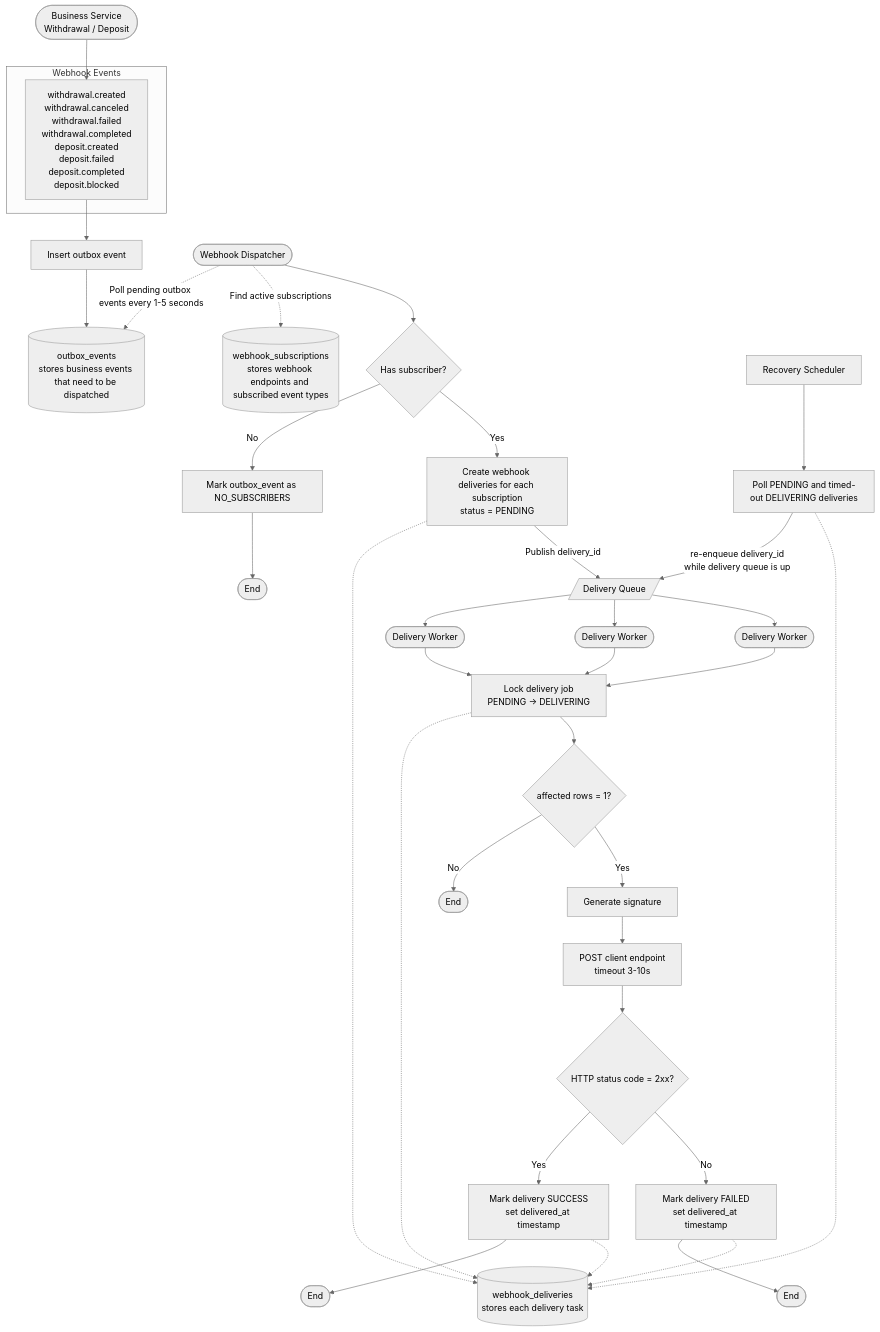
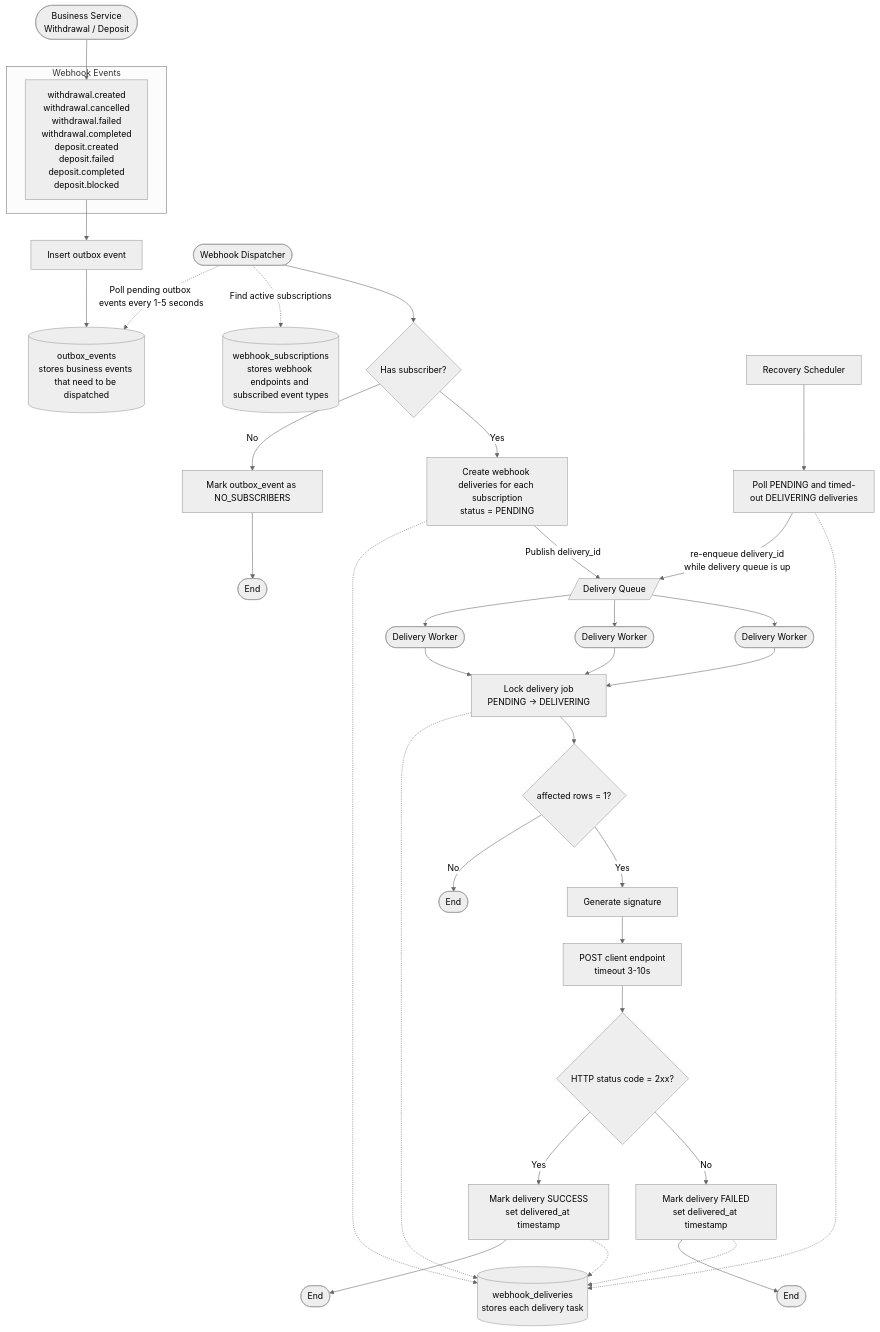
One commit to chenzitw/esingpay-handbook changed the diagram in idea/v1.3/webhook/references/webhook-dispatch-flow.md. Above: the diagram before and after it, drawn with Mermaid (neutral theme). The commit also changed other lines of this file and 6 other files, not shown here.

Commit message:
fix: standardize event naming from 'canceled' to 'cancelled' across webhook documents

````diff
--- a/idea/v1.3/webhook/references/webhook-dispatch-flow.md
+++ b/idea/v1.3/webhook/references/webhook-dispatch-flow.md
@@ -24,71 +24,71 @@
 ```mermaid
 flowchart TB
   A([Business Service<br/>Withdrawal / Deposit])
 
   subgraph Events[Webhook Events]
-    E["withdrawal.created<br/>withdrawal.canceled<br/>withdrawal.failed<br/>withdrawal.completed<br/>deposit.created<br/>deposit.failed<br/>deposit.completed<br/>deposit.blocked"]
+    E["withdrawal.created<br/>withdrawal.cancelled<br/>withdrawal.failed<br/>withdrawal.completed<br/>deposit.created<br/>deposit.failed<br/>deposit.completed<br/>deposit.blocked"]
   end
 
   B["Insert outbox event"]
   S2[("outbox_events<br/>stores business events that need to be dispatched")]
   C([Webhook Dispatcher])
   S1[("webhook_subscriptions<br/>stores webhook endpoints and subscribed event types")]
   HasSubscriber{"Has subscriber?"}
   NoSubscribers["Mark outbox_event as NO_SUBSCRIBERS"]
   EndNoSubscribers([End])
 
   S3[("webhook_deliveries<br/>stores each delivery task")]
   CreateDeliveries["Create webhook deliveries for each subscription<br/>status = PENDING"]
   Queue[/Delivery Queue/]
   W1([Delivery Worker])
   W2([Delivery Worker])
   W3([Delivery Worker])
   Lock["Lock delivery job<br/>PENDING -> DELIVERING"]
   LockAffected{"affected rows = 1?"}
   EndLockSkipped([End])
 
   Signature["Generate signature"]
   Post["POST client endpoint<br/>timeout 3-10s"]
   IsSuccessful{"HTTP status code = 2xx?"}
   MarkSuccess["Mark delivery SUCCESS<br/>set delivered_at timestamp"]
   EndSuccess([End])
   MarkFailed["Mark delivery FAILED<br/>set delivered_at timestamp"]
   EndFailed([End])
 
   Recovery["Recovery Scheduler"]
   RecoveryPoll["Poll PENDING and timed-out DELIVERING deliveries"]
 
   A --> E
   E --> B
   B --> S2
 
   C -. "Poll pending outbox events every 1-5 seconds" .-> S2
   C -. "Find active subscriptions" .-> S1
   C --> HasSubscriber
 
   HasSubscriber -- No --> NoSubscribers --> EndNoSubscribers
   HasSubscriber -- Yes --> CreateDeliveries
   CreateDeliveries -.-> S3
   CreateDeliveries -- "Publish delivery_id" --> Queue
 
   Queue --> W1
   Queue --> W2
   Queue --> W3
   W1 --> Lock
   W2 --> Lock
   W3 --> Lock
 
   Lock -.-> S3
   Lock --> LockAffected
   LockAffected -- No --> EndLockSkipped
   LockAffected -- Yes --> Signature --> Post --> IsSuccessful
 
   IsSuccessful -- Yes --> MarkSuccess --> EndSuccess
   MarkSuccess -.-> S3
   IsSuccessful -- No --> MarkFailed --> EndFailed
   MarkFailed -.-> S3
 
   Recovery --> RecoveryPoll
   RecoveryPoll -- "re-enqueue delivery_id<br/>while delivery queue is up" --> Queue
   RecoveryPoll -.-> S3
 ```
````
